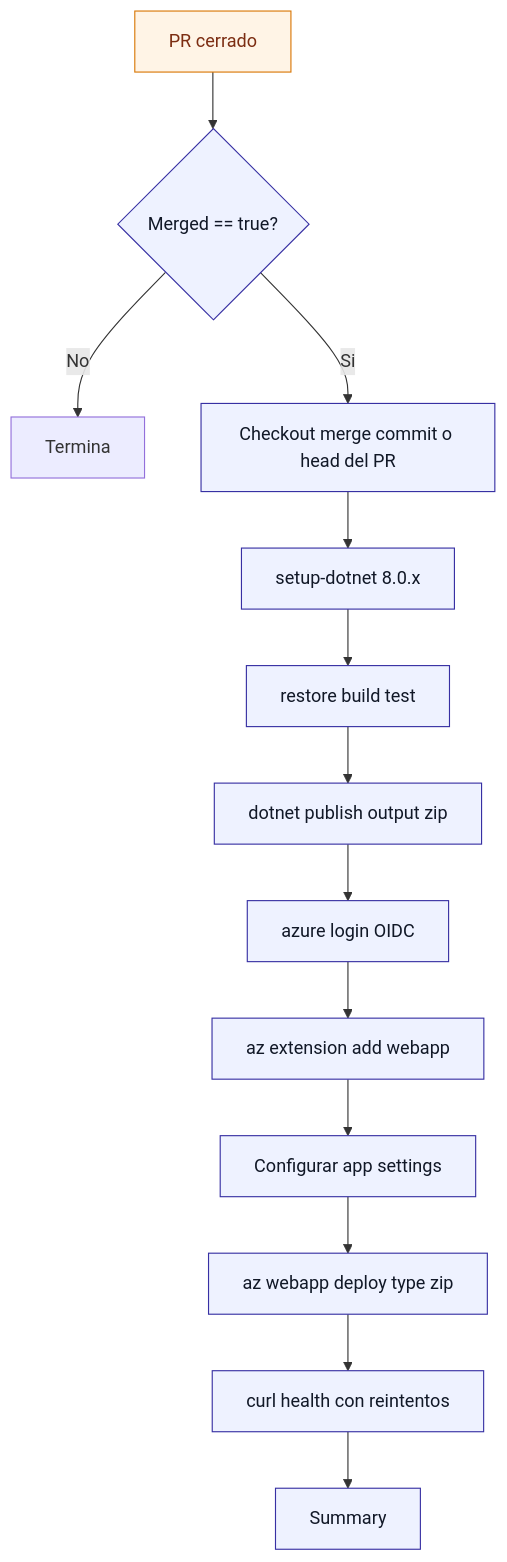
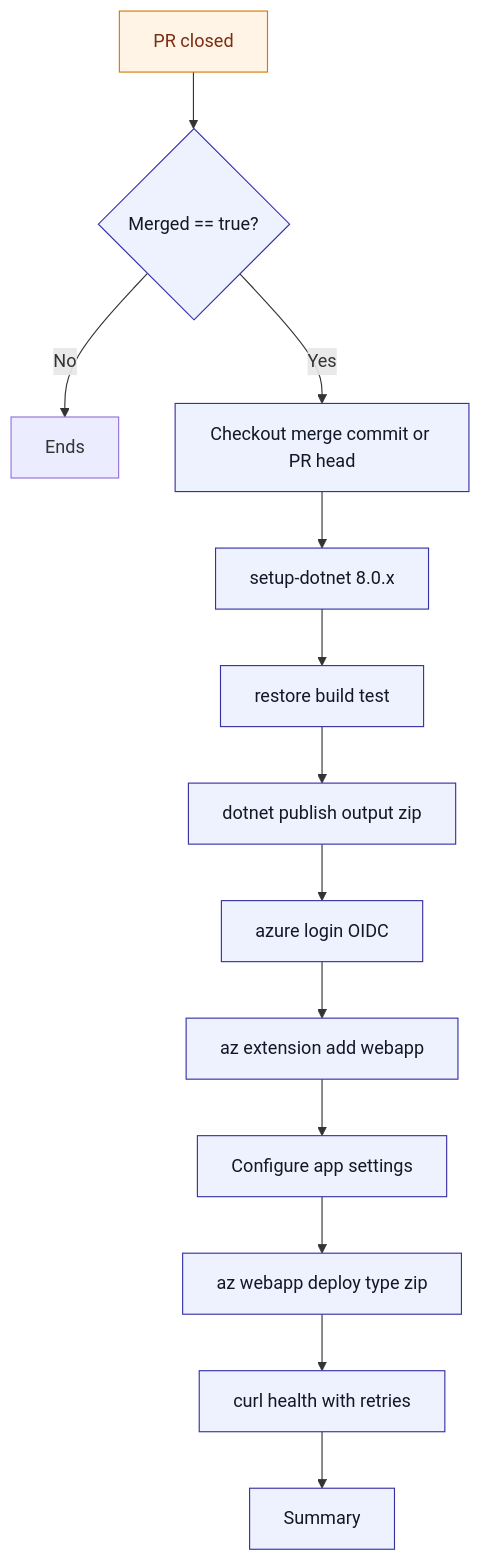
One commit to Back-End-TechTrend-Emporium/Demo changed the fourth of 4 diagrams in docs/workflows.md. Above: the diagram before and after it, drawn with Mermaid. The commit also changed other lines of this file and 16 other files, not shown here.

````diff
--- a/docs/workflows.md
+++ b/docs/workflows.md
@@ -106,21 +106,21 @@
 ```mermaid
 flowchart TD
   classDef step fill:#eef2ff,stroke:#3730a3,color:#111827,stroke-width:1px
   classDef warn fill:#fff4e6,stroke:#d97706,color:#7c2d12,stroke-width:1px
 
-  A[PR cerrado] --> B{Merged == true?}
-  B -- No --> R[Termina]
-  B -- Si --> C[Checkout merge commit o head del PR]
+  A[PR closed] --> B{Merged == true?}
+  B -- No --> R[Ends]
+  B -- Yes --> C[Checkout merge commit or PR head]
   C --> D[setup-dotnet 8.0.x]
   D --> E[restore build test]
   E --> F[dotnet publish output zip]
   F --> G[azure login OIDC]
   G --> H[az extension add webapp]
-  H --> I[Configurar app settings]
+  H --> I[Configure app settings]
   I --> J[az webapp deploy type zip]
-  J --> K[curl health con reintentos]
+  J --> K[curl health with retries]
   K --> L[Summary]
 
   class A warn
   class B,C,D,E,F,G,H,I,J,K,L step
 ```
````
